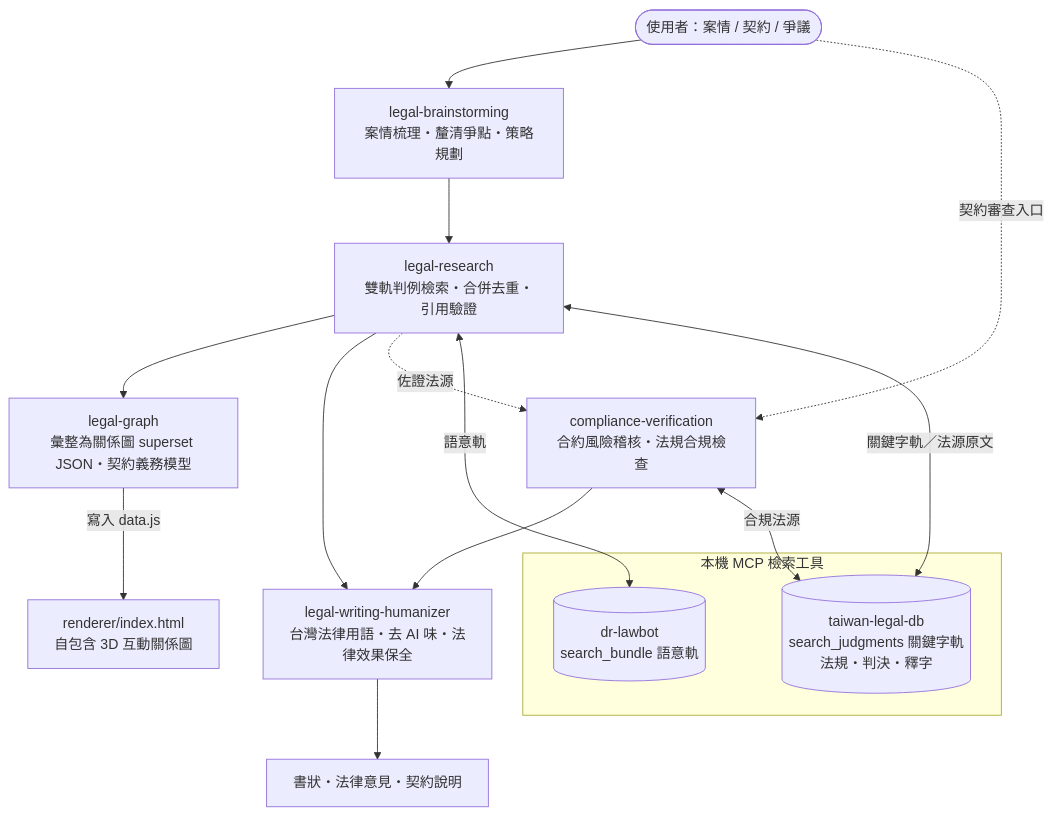
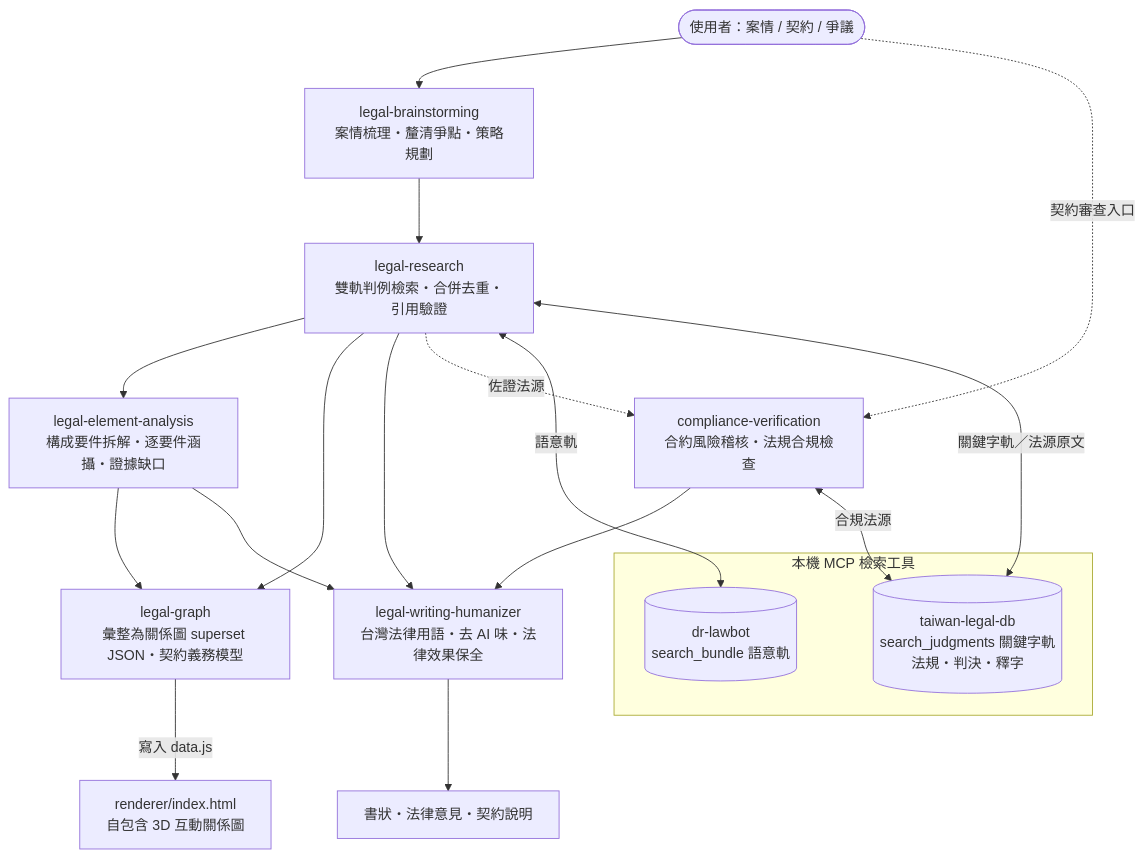
Before and after one commit to kevintsai1202/law-powers: the diagram in README.md, drawn with Mermaid. The commit also changed other lines of this file and 9 other files, not shown here.

First line of the commit message:
feat(skills): 新增 legal-element-analysis 構成要件涵攝技能

````diff
--- a/README.md
+++ b/README.md
@@ -89,31 +89,35 @@
 ```mermaid
 flowchart TD
     U(["使用者：案情 / 契約 / 爭議"])
     LB["legal-brainstorming<br/>案情梳理・釐清爭點・策略規劃"]
     LR["legal-research<br/>雙軌判例檢索・合併去重・引用驗證"]
+    EA["legal-element-analysis<br/>構成要件拆解・逐要件涵攝・證據缺口"]
     LG["legal-graph<br/>彙整為關係圖 superset JSON・契約義務模型"]
     CV["compliance-verification<br/>合約風險稽核・法規合規檢查"]
     LWH["legal-writing-humanizer<br/>台灣法律用語・去 AI 味・法律效果保全"]
     DOC["書狀・法律意見・契約說明"]
     RN["renderer/index.html<br/>自包含 3D 互動關係圖"]
     DB1[("dr-lawbot<br/>search_bundle 語意軌")]
     DB2[("taiwan-legal-db<br/>search_judgments 關鍵字軌<br/>法規・判決・釋字")]
 
     U --> LB
     U -. 契約審查入口 .-> CV
     LB --> LR
+    LR --> EA
+    EA --> LG
+    EA --> LWH
     LR --> LG
     LR --> LWH
     CV --> LWH
     LWH --> DOC
     LG -->|寫入 data.js| RN
     LR -. 佐證法源 .-> CV
     LR <-->|語意軌| DB1
     LR <-->|關鍵字軌／法源原文| DB2
     CV <-->|合規法源| DB2
 
     subgraph MCP [本機 MCP 檢索工具]
         DB1
         DB2
     end
 ```
````
